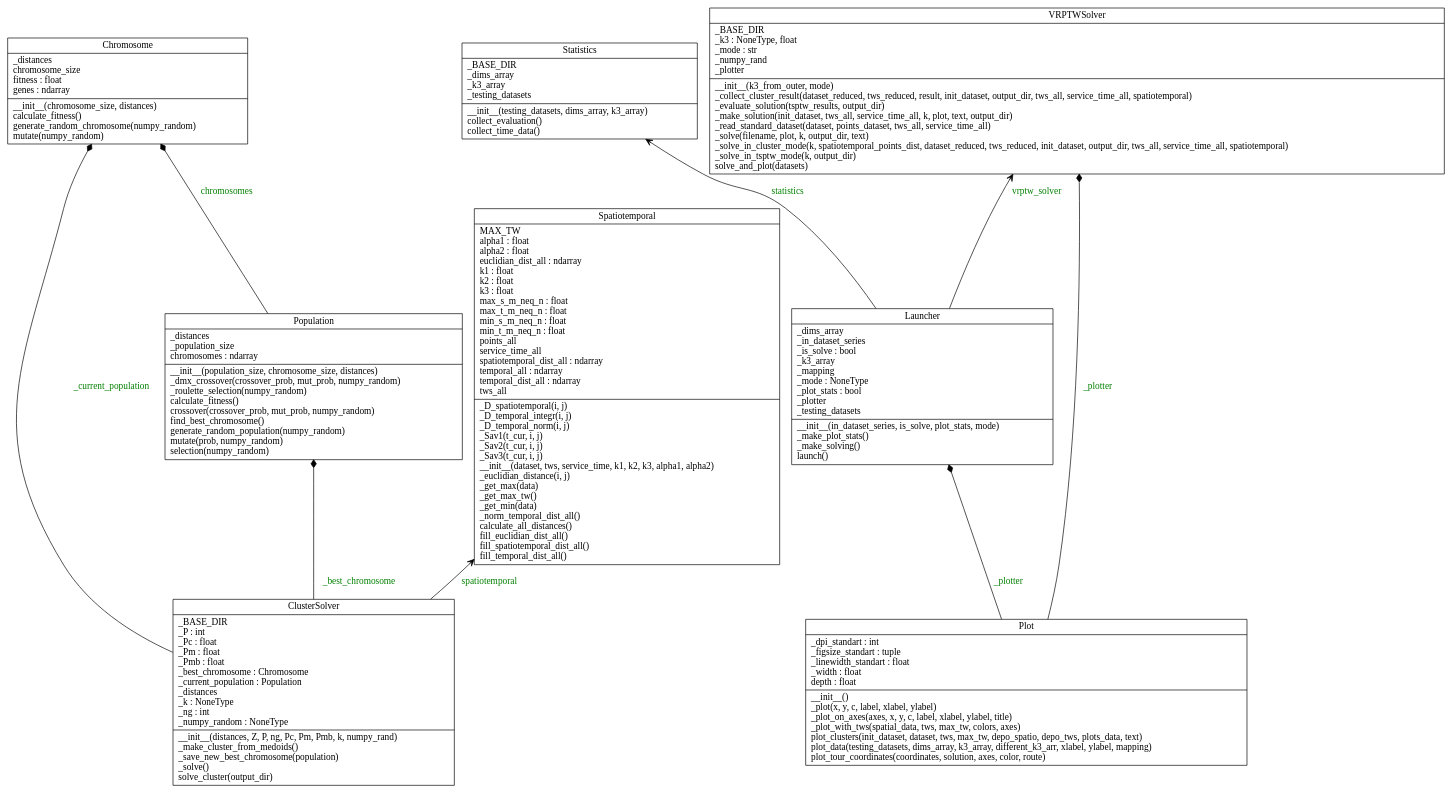
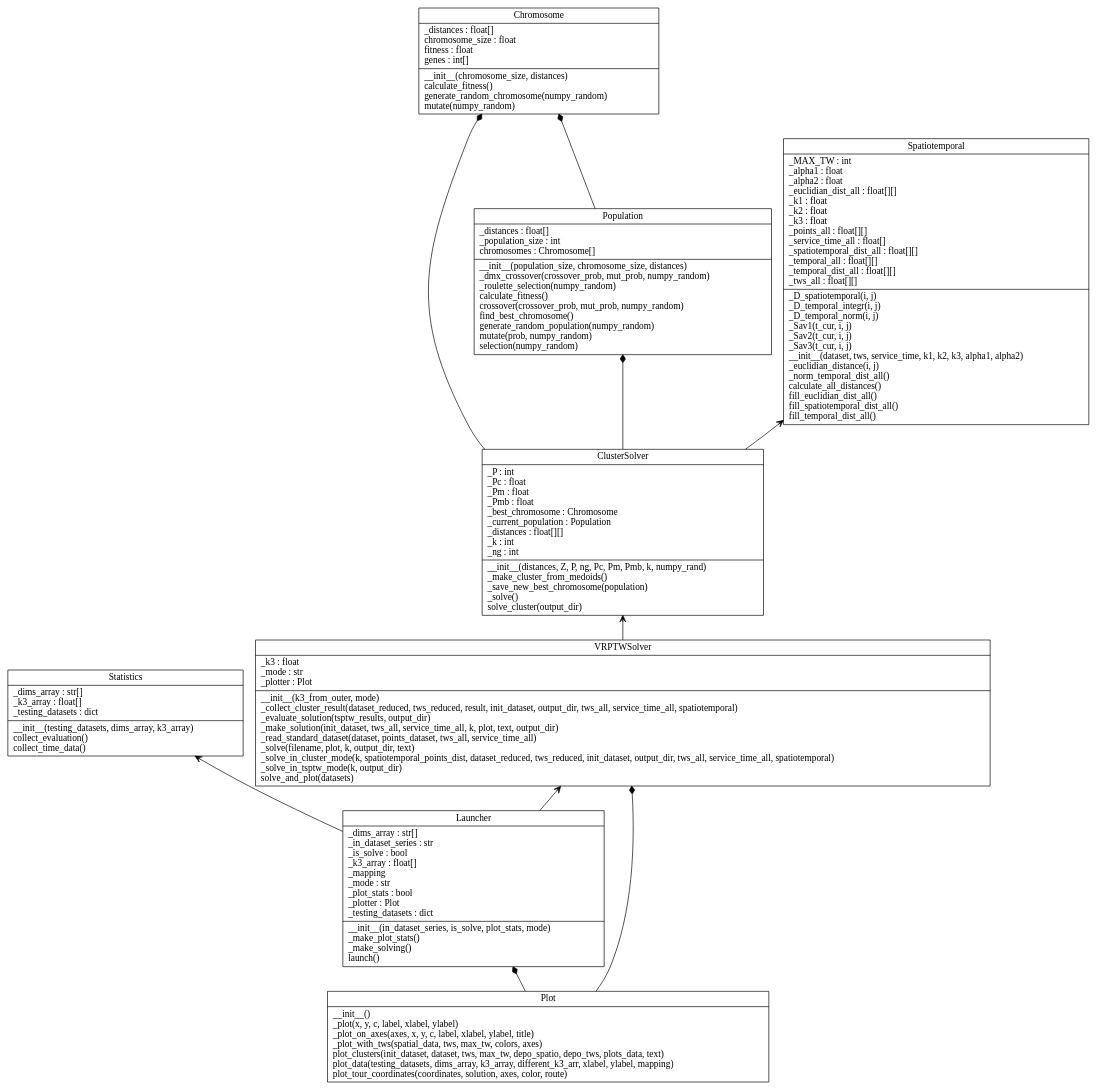
The diagram in test_diagram.dot (Stranger488/vrptw-ga-k-medoid), drawn with Graphviz before and after one commit. The commit also changed 2453 other files, not shown here.

```diff
--- a/test_diagram.dot
+++ b/test_diagram.dot
@@ -1,20 +1,21 @@
 digraph "classes" {
 charset="utf-8"
 rankdir=BT
-"0" [label="{Chromosome|_distances\lchromosome_size\lfitness : float\lgenes : ndarray\l|__init__(chromosome_size, distances)\lcalculate_fitness()\lgenerate_random_chromosome(numpy_random)\lmutate(numpy_random)\l}", shape="record"];
-"1" [label="{ClusterSolver|_BASE_DIR\l_P : int\l_Pc : float\l_Pm : float\l_Pmb : float\l_best_chromosome : Chromosome\l_current_population : Population\l_distances\l_k : NoneType\l_ng : int\l_numpy_random : NoneType\l|__init__(distances, Z, P, ng, Pc, Pm, Pmb, k, numpy_rand)\l_make_cluster_from_medoids()\l_save_new_best_chromosome(population)\l_solve()\lsolve_cluster(output_dir)\l}", shape="record"];
-"2" [label="{Launcher|_dims_array\l_in_dataset_series\l_is_solve : bool\l_k3_array\l_mapping\l_mode : NoneType\l_plot_stats : bool\l_plotter\l_testing_datasets\l|__init__(in_dataset_series, is_solve, plot_stats, mode)\l_make_plot_stats()\l_make_solving()\llaunch()\l}", shape="record"];
-"3" [label="{Plot|_dpi_standart : int\l_figsize_standart : tuple\l_linewidth_standart : float\l_width : float\ldepth : float\l|__init__()\l_plot(x, y, c, label, xlabel, ylabel)\l_plot_on_axes(axes, x, y, c, label, xlabel, ylabel, title)\l_plot_with_tws(spatial_data, tws, max_tw, colors, axes)\lplot_clusters(init_dataset, dataset, tws, max_tw, depo_spatio, depo_tws, plots_data, text)\lplot_data(testing_datasets, dims_array, k3_array, different_k3_arr, xlabel, ylabel, mapping)\lplot_tour_coordinates(coordinates, solution, axes, color, route)\l}", shape="record"];
-"4" [label="{Population|_distances\l_population_size\lchromosomes : ndarray\l|__init__(population_size, chromosome_size, distances)\l_dmx_crossover(crossover_prob, mut_prob, numpy_random)\l_roulette_selection(numpy_random)\lcalculate_fitness()\lcrossover(crossover_prob, mut_prob, numpy_random)\lfind_best_chromosome()\lgenerate_random_population(numpy_random)\lmutate(prob, numpy_random)\lselection(numpy_random)\l}", shape="record"];
-"5" [label="{Spatiotemporal|MAX_TW\lalpha1 : float\lalpha2 : float\leuclidian_dist_all : ndarray\lk1 : float\lk2 : float\lk3 : float\lmax_s_m_neq_n : float\lmax_t_m_neq_n : float\lmin_s_m_neq_n : float\lmin_t_m_neq_n : float\lpoints_all\lservice_time_all\lspatiotemporal_dist_all : ndarray\ltemporal_all : ndarray\ltemporal_dist_all : ndarray\ltws_all\l|_D_spatiotemporal(i, j)\l_D_temporal_integr(i, j)\l_D_temporal_norm(i, j)\l_Sav1(t_cur, i, j)\l_Sav2(t_cur, i, j)\l_Sav3(t_cur, i, j)\l__init__(dataset, tws, service_time, k1, k2, k3, alpha1, alpha2)\l_euclidian_distance(i, j)\l_get_max(data)\l_get_max_tw()\l_get_min(data)\l_norm_temporal_dist_all()\lcalculate_all_distances()\lfill_euclidian_dist_all()\lfill_spatiotemporal_dist_all()\lfill_temporal_dist_all()\l}", shape="record"];
-"6" [label="{Statistics|_BASE_DIR\l_dims_array\l_k3_array\l_testing_datasets\l|__init__(testing_datasets, dims_array, k3_array)\lcollect_evaluation()\lcollect_time_data()\l}", shape="record"];
-"7" [label="{VRPTWSolver|_BASE_DIR\l_k3 : NoneType, float\l_mode : str\l_numpy_rand\l_plotter\l|__init__(k3_from_outer, mode)\l_collect_cluster_result(dataset_reduced, tws_reduced, result, init_dataset, output_dir, tws_all, service_time_all, spatiotemporal)\l_evaluate_solution(tsptw_results, output_dir)\l_make_solution(init_dataset, tws_all, service_time_all, k, plot, text, output_dir)\l_read_standard_dataset(dataset, points_dataset, tws_all, service_time_all)\l_solve(filename, plot, k, output_dir, text)\l_solve_in_cluster_mode(k, spatiotemporal_points_dist, dataset_reduced, tws_reduced, init_dataset, output_dir, tws_all, service_time_all, spatiotemporal)\l_solve_in_tsptw_mode(k, output_dir)\lsolve_and_plot(datasets)\l}", shape="record"];
-"3" -> "2" [arrowhead="diamond", arrowtail="none", fontcolor="green", label="_plotter", style="solid"];
-"3" -> "7" [arrowhead="diamond", arrowtail="none", fontcolor="green", label="_plotter", style="solid"];
-"1" -> "0" [arrowhead="diamond", arrowtail="none", fontcolor="green", label="_current_population", style="solid"];
-"1" -> "4" [arrowhead="diamond", arrowtail="none", fontcolor="green", label="_best_chromosome", style="solid"];
-"4" -> "0" [arrowhead="diamond", arrowtail="none", fontcolor="green", label="chromosomes", style="solid"];
-"1" -> "5" [arrowhead="open", arrowtail="none", fontcolor="green", label="spatiotemporal", style="solid"];
-"2" -> "7" [arrowhead="open", arrowtail="none", fontcolor="green", label="vrptw_solver", style="solid"];
-"2" -> "6" [arrowhead="open", arrowtail="none", fontcolor="green", label="statistics", style="solid"];
+"0" [label="{Chromosome|_distances : float[]\lchromosome_size : float\lfitness : float\lgenes : int[]\l|__init__(chromosome_size, distances)\lcalculate_fitness()\lgenerate_random_chromosome(numpy_random)\lmutate(numpy_random)\l}", shape="record"];
+"1" [label="{ClusterSolver|_P : int\l_Pc : float\l_Pm : float\l_Pmb : float\l_best_chromosome : Chromosome\l_current_population : Population\l_distances : float[][]\l_k : int\l_ng : int\l|__init__(distances, Z, P, ng, Pc, Pm, Pmb, k, numpy_rand)\l_make_cluster_from_medoids()\l_save_new_best_chromosome(population)\l_solve()\lsolve_cluster(output_dir)\l}", shape="record"];
+"2" [label="{Launcher|_dims_array : str[]\l_in_dataset_series : str\l_is_solve : bool\l_k3_array : float[]\l_mapping\l_mode : str\l_plot_stats : bool\l_plotter : Plot\l_testing_datasets : dict\l|__init__(in_dataset_series, is_solve, plot_stats, mode)\l_make_plot_stats()\l_make_solving()\llaunch()\l}", shape="record"];
+"3" [label="{Plot|__init__()\l_plot(x, y, c, label, xlabel, ylabel)\l_plot_on_axes(axes, x, y, c, label, xlabel, ylabel, title)\l_plot_with_tws(spatial_data, tws, max_tw, colors, axes)\lplot_clusters(init_dataset, dataset, tws, max_tw, depo_spatio, depo_tws, plots_data, text)\lplot_data(testing_datasets, dims_array, k3_array, different_k3_arr, xlabel, ylabel, mapping)\lplot_tour_coordinates(coordinates, solution, axes, color, route)\l}", shape="record"];
+"4" [label="{Population|_distances : float[]\l_population_size : int\lchromosomes : Chromosome[]\l|__init__(population_size, chromosome_size, distances)\l_dmx_crossover(crossover_prob, mut_prob, numpy_random)\l_roulette_selection(numpy_random)\lcalculate_fitness()\lcrossover(crossover_prob, mut_prob, numpy_random)\lfind_best_chromosome()\lgenerate_random_population(numpy_random)\lmutate(prob, numpy_random)\lselection(numpy_random)\l}", shape="record"];
+"5" [label="{Spatiotemporal|_MAX_TW : int\l_alpha1 : float\l_alpha2 : float\l_euclidian_dist_all : float[][]\l_k1 : float\l_k2 : float\l_k3 : float\l_points_all : float[][]\l_service_time_all : float[]\l_spatiotemporal_dist_all : float[][]\l_temporal_all : float[][]\l_temporal_dist_all : float[][]\l_tws_all : float[][]\l|_D_spatiotemporal(i, j)\l_D_temporal_integr(i, j)\l_D_temporal_norm(i, j)\l_Sav1(t_cur, i, j)\l_Sav2(t_cur, i, j)\l_Sav3(t_cur, i, j)\l__init__(dataset, tws, service_time, k1, k2, k3, alpha1, alpha2)\l_euclidian_distance(i, j)\l_norm_temporal_dist_all()\lcalculate_all_distances()\lfill_euclidian_dist_all()\lfill_spatiotemporal_dist_all()\lfill_temporal_dist_all()\l}", shape="record"];
+"6" [label="{Statistics|_dims_array : str[]\l_k3_array : float[]\l_testing_datasets : dict\l|__init__(testing_datasets, dims_array, k3_array)\lcollect_evaluation()\lcollect_time_data()\l}", shape="record"];
+"7" [label="{VRPTWSolver|_k3 : float\l_mode : str\l_plotter : Plot\l|__init__(k3_from_outer, mode)\l_collect_cluster_result(dataset_reduced, tws_reduced, result, init_dataset, output_dir, tws_all, service_time_all, spatiotemporal)\l_evaluate_solution(tsptw_results, output_dir)\l_make_solution(init_dataset, tws_all, service_time_all, k, plot, text, output_dir)\l_read_standard_dataset(dataset, points_dataset, tws_all, service_time_all)\l_solve(filename, plot, k, output_dir, text)\l_solve_in_cluster_mode(k, spatiotemporal_points_dist, dataset_reduced, tws_reduced, init_dataset, output_dir, tws_all, service_time_all, spatiotemporal)\l_solve_in_tsptw_mode(k, output_dir)\lsolve_and_plot(datasets)\l}", shape="record"];
+"3" -> "2" [arrowhead="diamond", arrowtail="none", fontcolor="green", style="solid"];
+"3" -> "7" [arrowhead="diamond", arrowtail="none", fontcolor="green", style="solid"];
+"1" -> "0" [arrowhead="diamond", arrowtail="none", fontcolor="green", style="solid"];
+"1" -> "4" [arrowhead="diamond", arrowtail="none", fontcolor="green", style="solid"];
+"4" -> "0" [arrowhead="diamond", arrowtail="none", fontcolor="green", style="solid"];
+"1" -> "5" [arrowhead="open", arrowtail="none", fontcolor="green", style="solid"];
+"2" -> "7" [arrowhead="open", arrowtail="none", fontcolor="green", style="solid"];
+"2" -> "6" [arrowhead="open", arrowtail="none", fontcolor="green", style="solid"];
+"7" -> "1" [arrowhead="open", arrowtail="none", fontcolor="green", style="solid"];
 }
```
